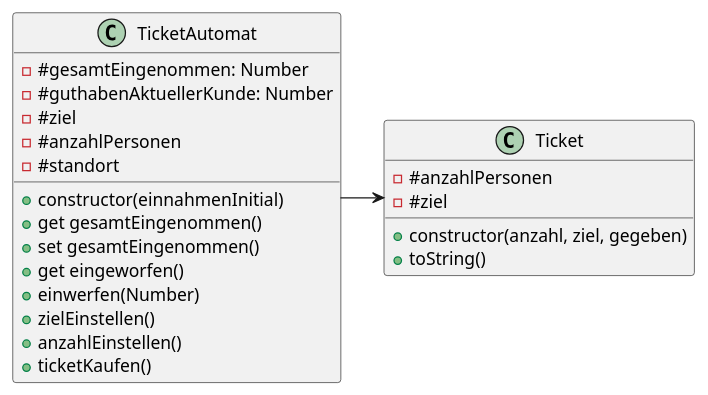
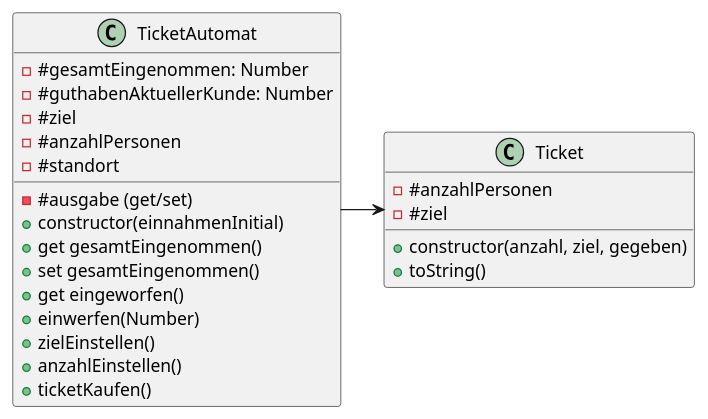
The diagram in 1HWII_PLF5_Ticketautomat_WZR_style/mine/README_Ticketautomat.md (HEI240108/GRG-SWP), drawn with PlantUML before and after one commit. The commit also changed 1 other file, not shown here.

Commit message:
unterricht

````diff
--- a/1HWII_PLF5_Ticketautomat_WZR_style/mine/README_Ticketautomat.md
+++ b/1HWII_PLF5_Ticketautomat_WZR_style/mine/README_Ticketautomat.md
@@ -32,24 +32,25 @@
 ```plantuml
 class TicketAutomat {
 - #gesamtEingenommen: Number
 - #guthabenAktuellerKunde: Number
 - #ziel
 - #anzahlPersonen
 - #standort
+- #ausgabe (get/set)
 + constructor(einnahmenInitial)
 + get gesamtEingenommen()
 + set gesamtEingenommen()
 + get eingeworfen()
 + einwerfen(Number)
 + zielEinstellen()
 + anzahlEinstellen()
 + ticketKaufen()
 }
 class Ticket {
 - #anzahlPersonen
 - #ziel
 + constructor(anzahl, ziel, gegeben)
 + toString()
 }
 TicketAutomat -> Ticket
 ```
````
